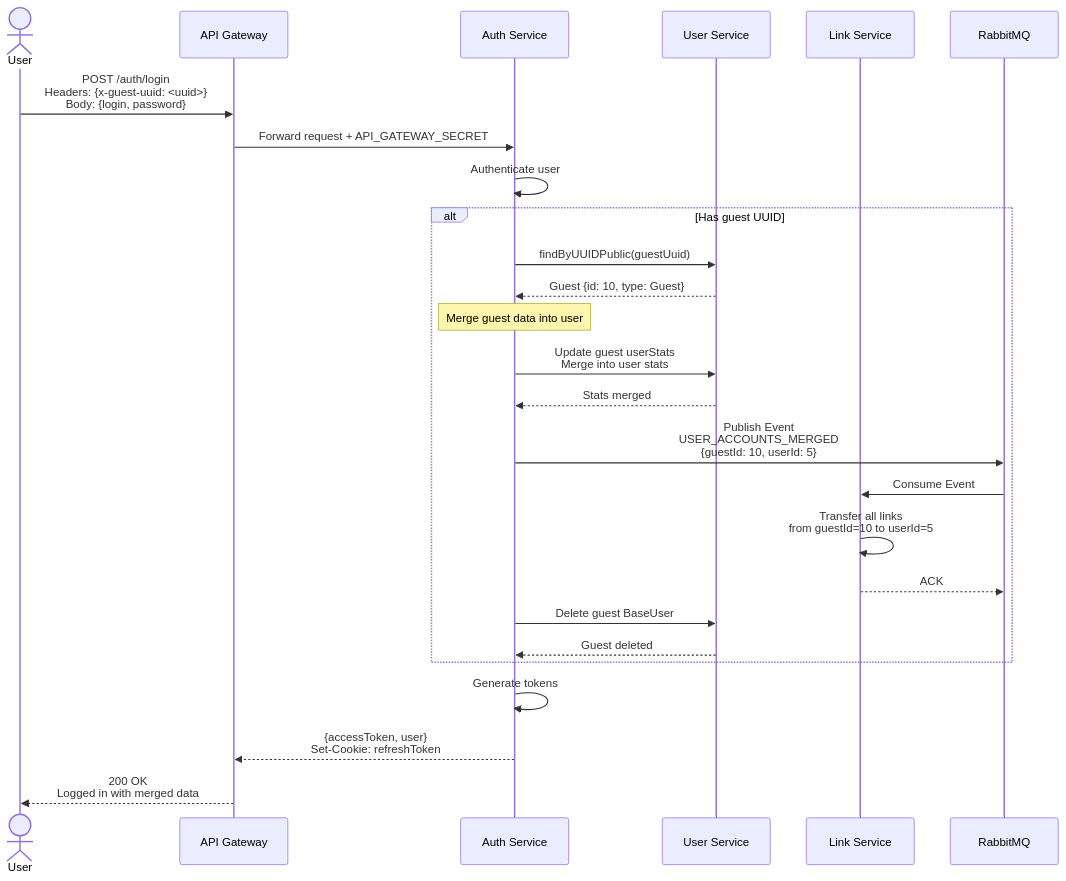
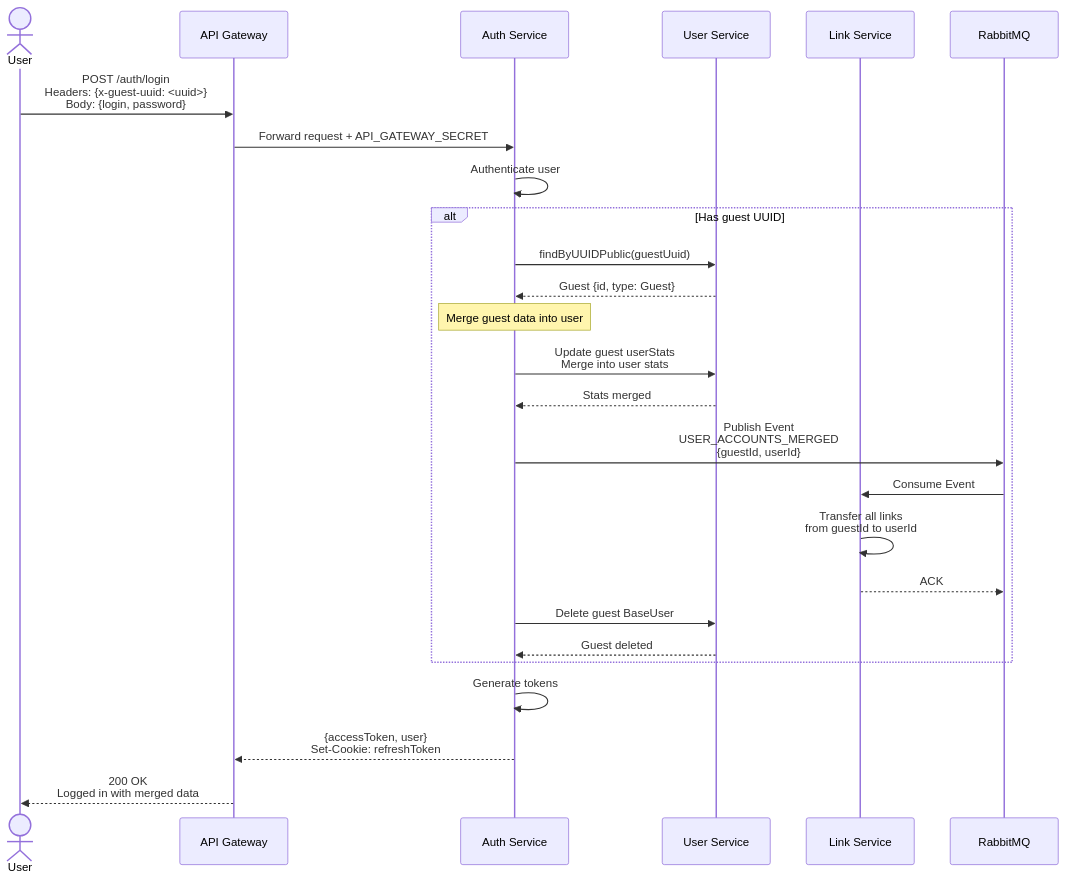
Before and after one commit to Wo0zZ1/url-shortener: the tenth of 17 diagrams in assets/diagrams.md, drawn with Mermaid. The commit also changed other lines of this file and 1 other file, not shown here.

````diff
--- a/assets/diagrams.md
+++ b/assets/diagrams.md
@@ -411,37 +349,37 @@
 ```mermaid
 sequenceDiagram
     actor User
     participant Gateway as API Gateway
     participant Auth as Auth Service
     participant UserSvc as User Service
     participant LinkSvc as Link Service
     participant RabbitMQ
 
     User->>Gateway: POST /auth/login<br/>Headers: {x-guest-uuid: <uuid>}<br/>Body: {login, password}
     Gateway->>Auth: Forward request + API_GATEWAY_SECRET
 
     Auth->>Auth: Authenticate user
 
     alt Has guest UUID
         Auth->>UserSvc: findByUUIDPublic(guestUuid)
-        UserSvc-->>Auth: Guest {id: 10, type: Guest}
+        UserSvc-->>Auth: Guest {id, type: Guest}
 
         Note over Auth: Merge guest data into user
 
         Auth->>UserSvc: Update guest userStats<br/>Merge into user stats
         UserSvc-->>Auth: Stats merged
 
-        Auth->>RabbitMQ: Publish Event<br/>USER_ACCOUNTS_MERGED<br/>{guestId: 10, userId: 5}
+        Auth->>RabbitMQ: Publish Event<br/>USER_ACCOUNTS_MERGED<br/>{guestId, userId}
 
         RabbitMQ->>LinkSvc: Consume Event
-        LinkSvc->>LinkSvc: Transfer all links<br/>from guestId=10 to userId=5
+        LinkSvc->>LinkSvc: Transfer all links<br/>from guestId to userId
         LinkSvc-->>RabbitMQ: ACK
 
         Auth->>UserSvc: Delete guest BaseUser
         UserSvc-->>Auth: Guest deleted
     end
 
     Auth->>Auth: Generate tokens
     Auth-->>Gateway: {accessToken, user}<br/>Set-Cookie: refreshToken
     Gateway-->>User: 200 OK<br/>Logged in with merged data
 ```
````
